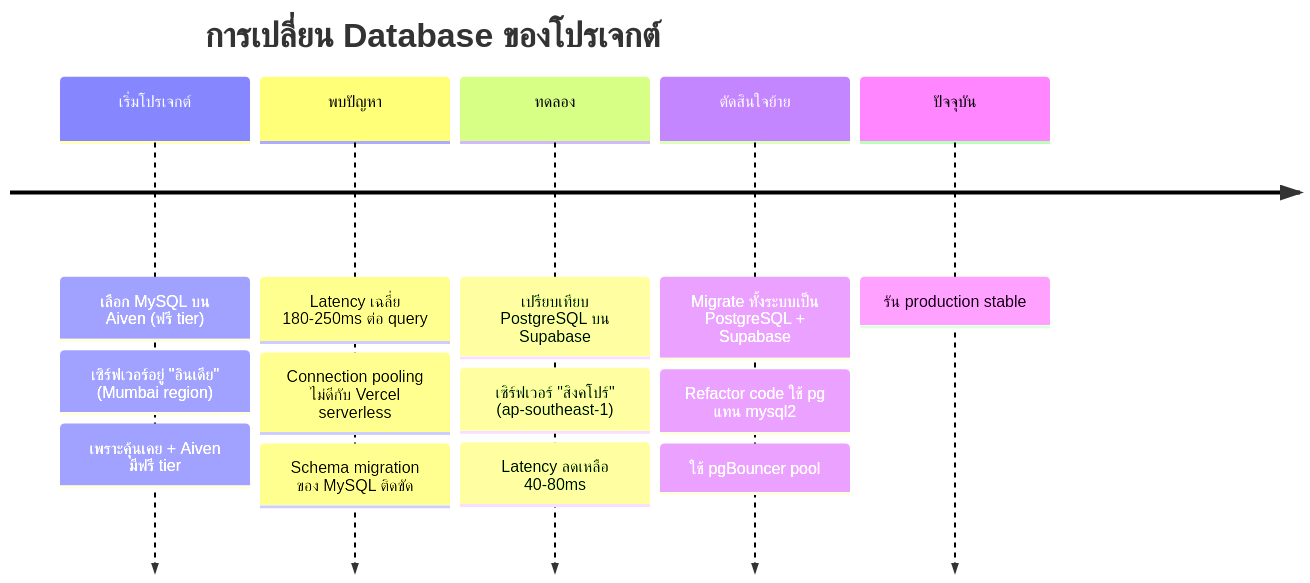
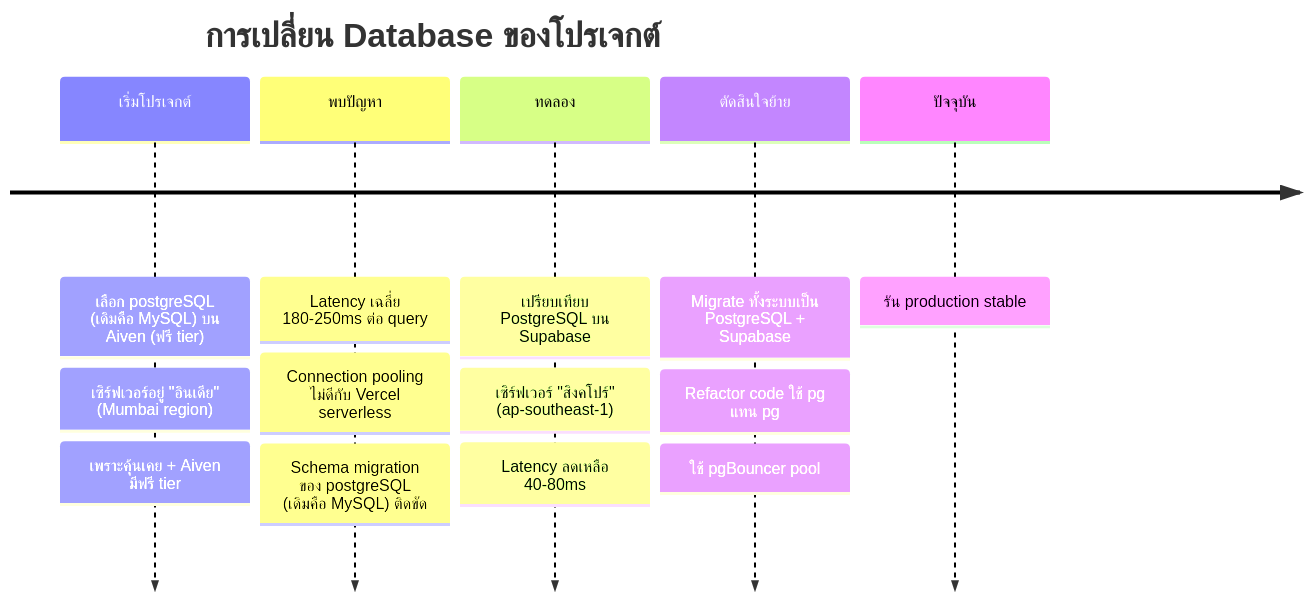
One commit to puripong1st/SmartAccess-Project changed diagram 29 of 46 in complete_system_manual_th.md. Above: the diagram before and after it, drawn with Mermaid. The commit also changed other lines of this file and 12 other files, not shown here.

Commit message:
feat: implement system status API, reorganize project documentation, and finalize PostgreSQL migration cleanup

````diff
--- a/complete_system_manual_th.md
+++ b/complete_system_manual_th.md
@@ -2839,17 +2839,17 @@
 ```mermaid
 timeline
     title การเปลี่ยน Database ของโปรเจกต์
-    เริ่มโปรเจกต์ : เลือก MySQL บน Aiven (ฟรี tier)
+    เริ่มโปรเจกต์ : เลือก postgreSQL (เดิมคือ MySQL) บน Aiven (ฟรี tier)
                   : เซิร์ฟเวอร์อยู่ "อินเดีย" (Mumbai region)
                   : เพราะคุ้นเคย + Aiven มีฟรี tier
     พบปัญหา      : Latency เฉลี่ย 180-250ms ต่อ query
                   : Connection pooling ไม่ดีกับ Vercel serverless
-                  : Schema migration ของ MySQL ติดขัด
+                  : Schema migration ของ postgreSQL (เดิมคือ MySQL) ติดขัด
     ทดลอง        : เปรียบเทียบ PostgreSQL บน Supabase
                   : เซิร์ฟเวอร์ "สิงคโปร์" (ap-southeast-1)
                   : Latency ลดเหลือ 40-80ms
     ตัดสินใจย้าย : Migrate ทั้งระบบเป็น PostgreSQL + Supabase
-                  : Refactor code ใช้ pg แทน mysql2
+                  : Refactor code ใช้ pg แทน pg
                   : ใช้ pgBouncer pool
     ปัจจุบัน     : รัน production stable
 ```
````
